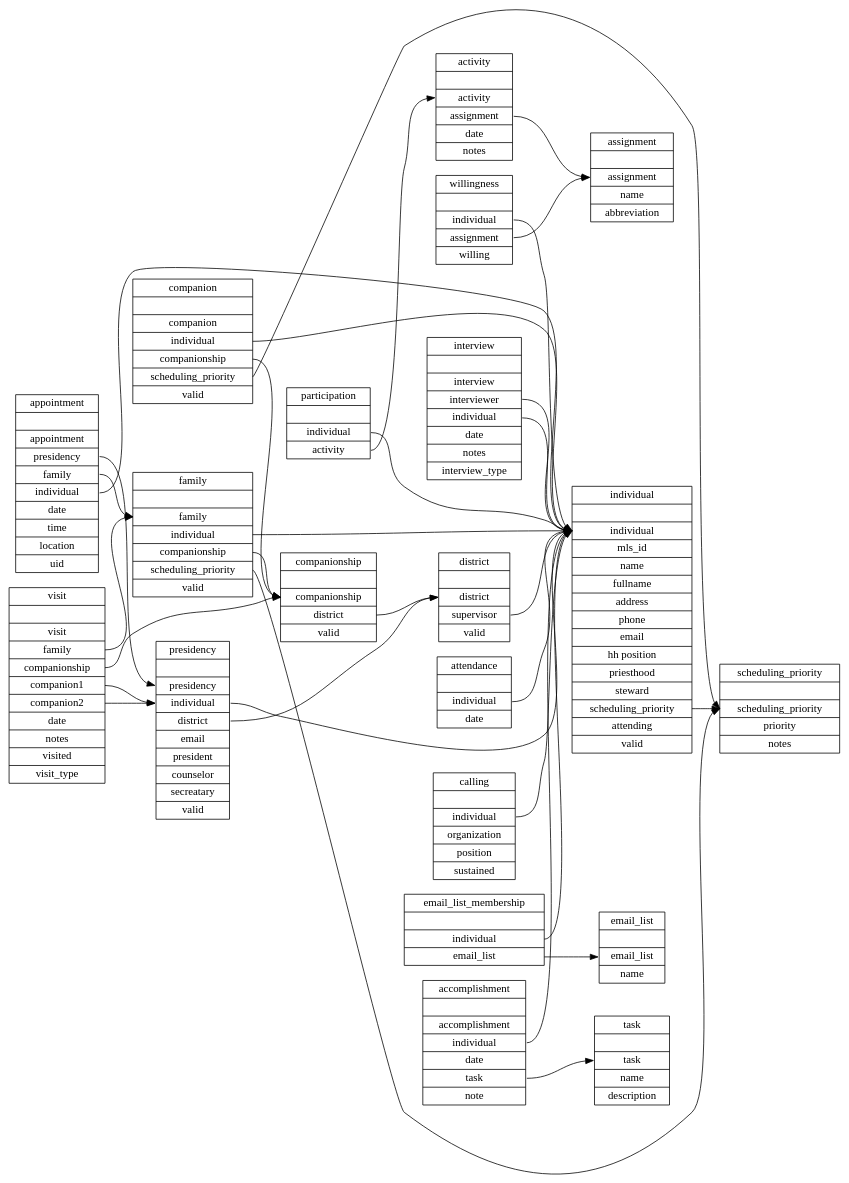
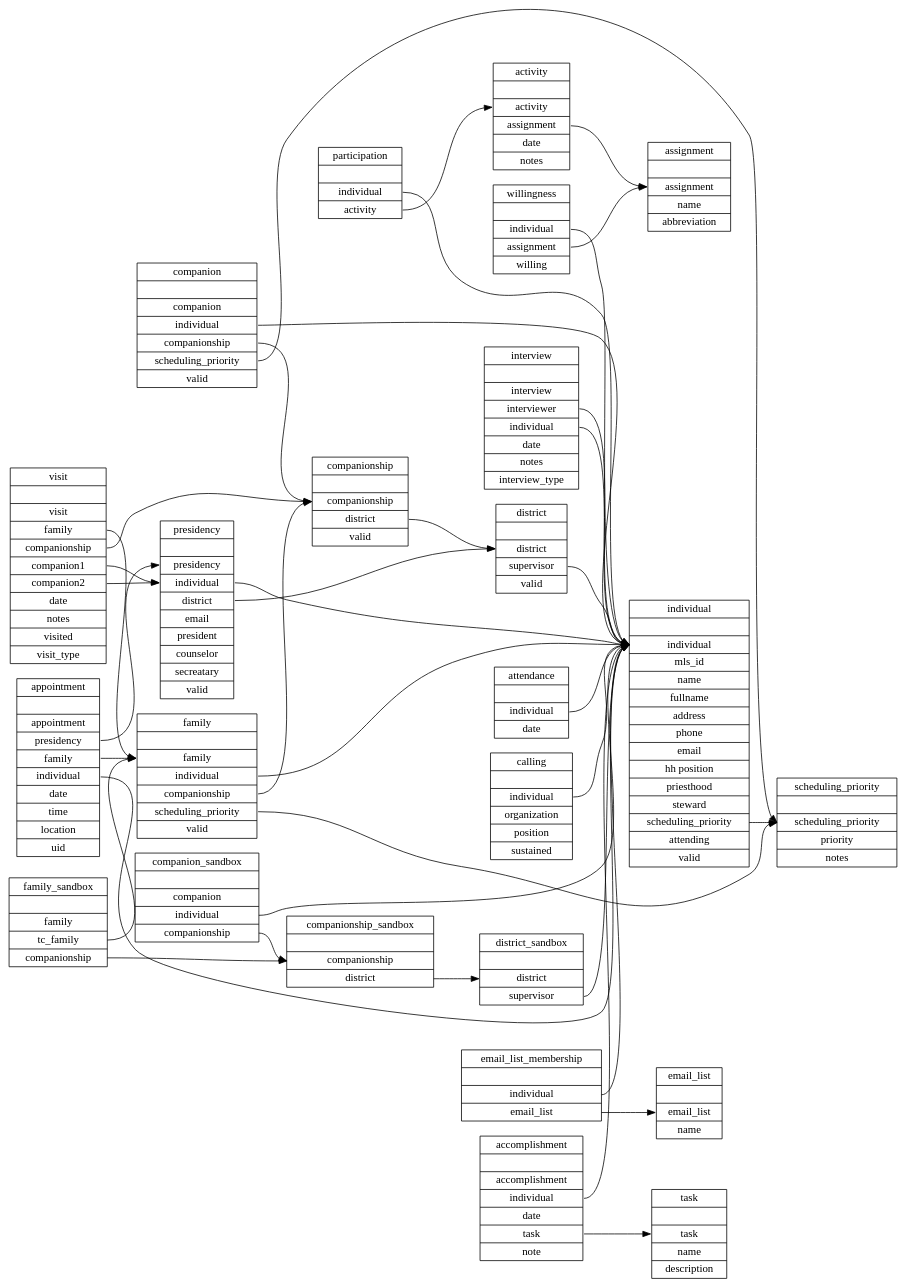
The diagram in sql/schema.dot (apippin/tc), drawn with Graphviz before and after one commit. The commit also changed 2 other files, not shown here.

Commit message:
updated database with new tables for ht sandbox

```diff
--- a/sql/schema.dot
+++ b/sql/schema.dot
@@ -1,133 +1,156 @@
 digraph schema {
   graph [
     rankdir = "LR"
   ];
   activity   [
     label = "activity||<a> activity|<s> assignment|<t> date|<n> notes"
     shape = "record"
   ];
   appointment   [
     label = "appointment||<a> appointment|<p> presidency|<f> family|<i> individual |<d> date|<t> time|<l> location|<u> uid"
     shape = "record"
   ];
   assignment    [
     label = "assignment||<a> assignment|<n> name|<ab> abbreviation"
     shape = "record"
   ];
   attendance   [
     label = "attendance||<i> individual|<d> date"
     shape = "record"
   ];
   calling       [
     label = "calling||<i> individual|<o> organization|<p> position|<s> sustained"
     shape = "record"
   ];
   companion   [
     label = "companion||<c> companion|<i> individual|<cp> companionship|<sp> scheduling_priority|<v> valid"
     shape = "record"
   ];
   companionship   [
     label = "companionship||<c> companionship|<d> district|<v> valid"
     shape = "record"
   ];
   district      [
     label = "district||<d> district|<s> supervisor|<v> valid"
     shape = "record"
   ];
   individual   [
     label = "individual||<i> individual|<id> mls_id|<n> name|<fn> fullname|<a> address|<p> phone|<em> email|<hh> hh position|<pr> priesthood|<st> steward|<sp> scheduling_priority|<a> attending|<v> valid"
     shape = "record"
   ];
   family   [
     label = "family||<f> family|<i> individual|<c> companionship|<sp> scheduling_priority|<v> valid"
     shape = "record"
   ];
   participation   [
     label = "participation||<i> individual|<a> activity"
     shape = "record"
   ];
   interview   [
     label = "interview||<in> interview|<i> interviewer|<il> individual|<t> date|<n> notes|<it> interview_type"
     shape = "record"
   ];
   presidency    [
     label = "presidency||<p> presidency|<i> individual|<d> district|<em> email|<pr> president|<cn> counselor|<sec> secreatary|<v> valid"
     shape = "record"
   ];
   visit   [
     label = "visit||<v> visit|<f> family|<c> companionship|<c1> companion1|<c2> companion2|<t> date|<n> notes|<v> visited|<vt> visit_type"
     shape = "record"
   ];
   willingness   [
     label = "willingness||<i> individual|<a> assignment|<w> willing"
     shape = "record"
   ];
   scheduling_priority   [
     label = "scheduling_priority||<sp> scheduling_priority|<p> priority|<n> notes"
     shape = "record"
   ];
   email_list   [
     label = "email_list||<e> email_list|<n> name"
     shape = "record"
   ];
   email_list_membership   [
     label = "email_list_membership||<i> individual|<e> email_list"
     shape = "record"
   ];
   accomplishment   [
     label = "accomplishment||<a> accomplishment|<i> individual|<d> date|<t> task|<n> note"
     shape = "record"
   ];
   task   [
     label = "task||<t> task|<n> name|<d> description"
     shape = "record"
   ];
+  district_sandbox   [
+    label = "district_sandbox||<d> district|<s> supervisor"
+    shape = "record"
+  ];
+  companion_sandbox   [
+    label = "companion_sandbox||<c> companion|<i> individual|<cp> companionship"
+    shape = "record"
+  ];
+  companionship_sandbox   [
+    label = "companionship_sandbox||<cp> companionship|<d> district"
+    shape = "record"
+  ];
+  family_sandbox   [
+    label = "family_sandbox||<f> family|<tcf> tc_family|<cp> companionship"
+    shape = "record"
+  ];
 
   activity:s      -> assignment:a
 
   appointment:p   -> presidency:p
   appointment:f   -> family:f
   appointment:i   -> individual:i
 
   attendance:i    -> individual:i
   
   calling:i       -> individual:i
 
   companion:cp    -> companionship:c
   companion:i     -> individual:i
   companion:sp    -> scheduling_priority:sp
 
   companionship:d -> district:d
   
   district:s      -> individual:i
   
   individual:sp   -> scheduling_priority:sp
   
   family:i        -> individual:i
   family:c        -> companionship:c
   family:sp       -> scheduling_priority:sp
 
   participation:i -> individual:i
   participation:a -> activity:a
 
   interview:il    -> individual:i
   interview:i     -> individual:i
 
   presidency:i    -> individual:i
   presidency:d    -> district:d
 
   visit:c         -> companionship:c
   visit:f         -> family:f
   visit:c1        -> presidency:i
   visit:c2        -> presidency:i
 
   willingness:i   -> individual:i
   willingness:a   -> assignment:a
 
   email_list_membership:i  -> individual:i
   email_list_membership:e  -> email_list:e
   
   accomplishment:i   -> individual:i
   accomplishment:t   -> task:t
+ 
+  district_sandbox:s      -> individual:i
+  companion_sandbox:i     -> individual:i
+  companion_sandbox:cp    -> companionship_sandbox:cp
+  companionship_sandbox:d -> district_sandbox:d
+  family_sandbox:tcf      -> family:f
+  family_sandbox:cp       -> companionship_sandbox:cp
   
 }
```
